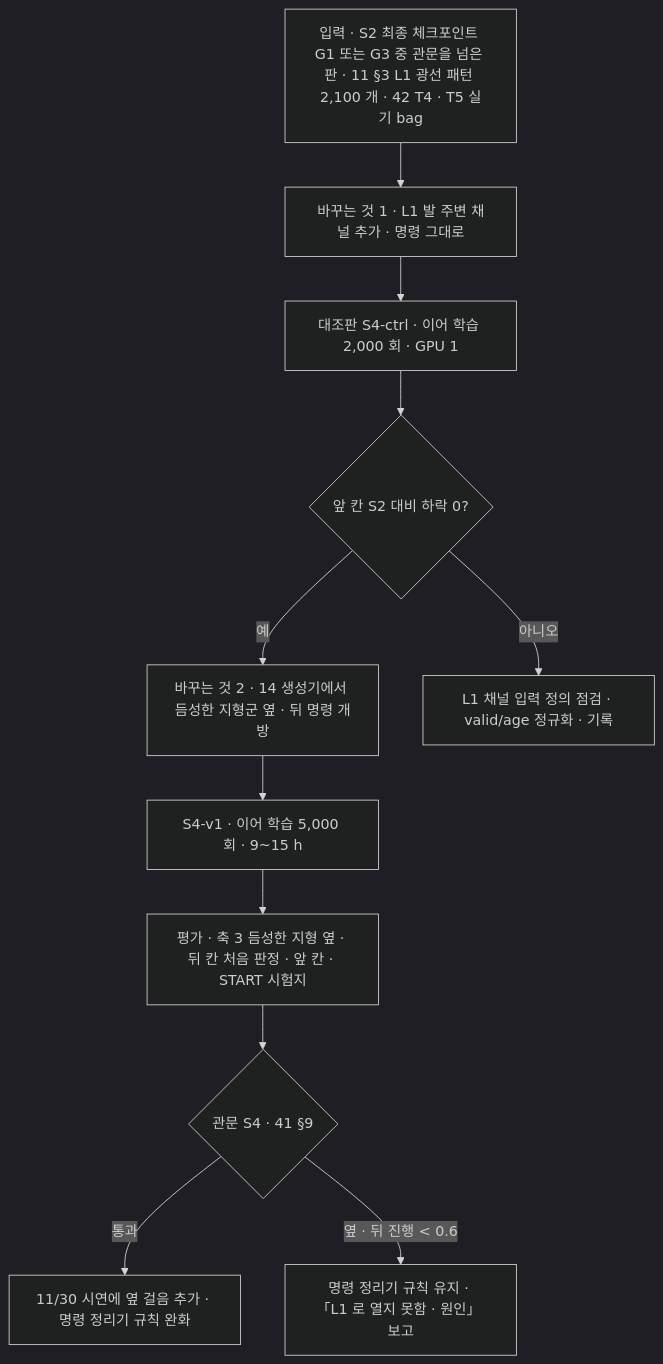
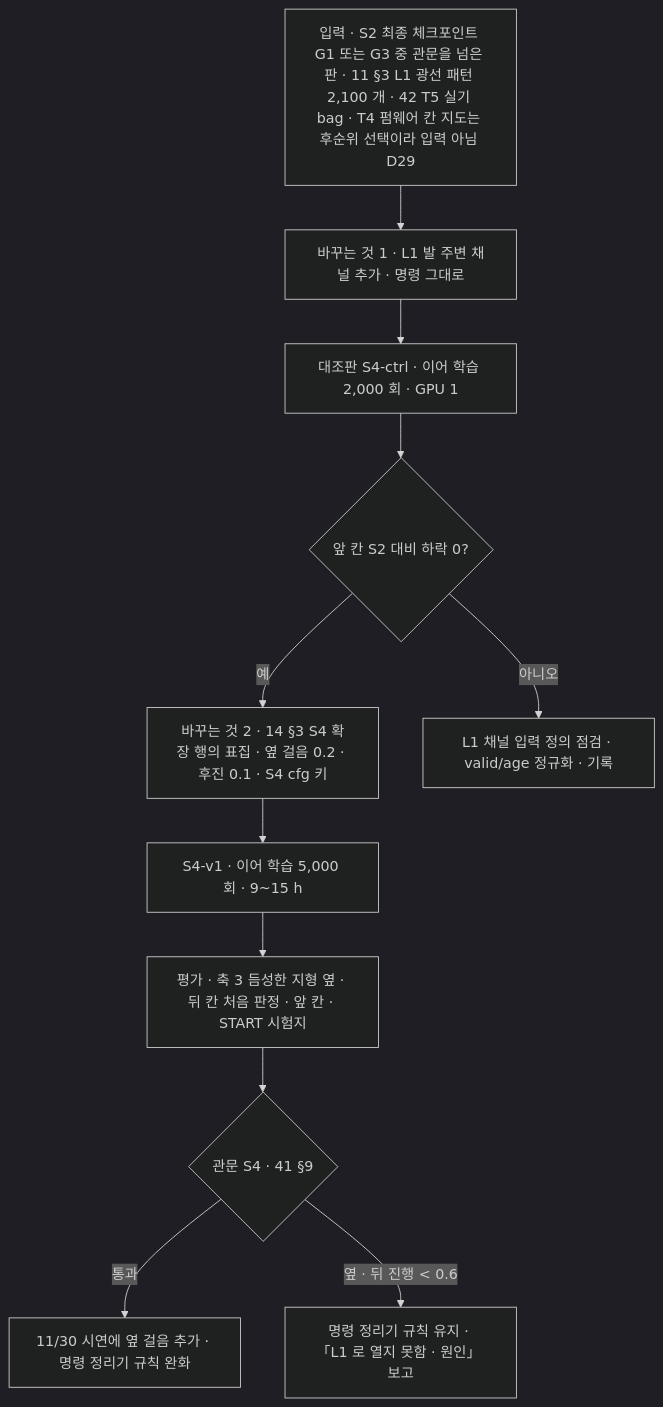
Before and after one commit to foothold-project/foothold-lab: the diagram in inbox/jay/20261019-design/55-S4-L1.md, drawn with Mermaid (dark theme). The commit also changed other lines of this file and 20 other files, not shown here.

````diff
--- a/inbox/jay/20261019-design/55-S4-L1.md
+++ b/inbox/jay/20261019-design/55-S4-L1.md
@@ -15,13 +15,13 @@
 ```mermaid
 flowchart TB
-  IN[입력 · S2 최종 체크포인트 G1 또는 G3 중 관문을 넘은 판 · 11 §3 L1 광선 패턴 2,100 개 · 42 T4 · T5 실기 bag] --> CH1[바꾸는 것 1 · L1 발 주변 채널 추가 · 명령 그대로]
+  IN[입력 · S2 최종 체크포인트 G1 또는 G3 중 관문을 넘은 판 · 11 §3 L1 광선 패턴 2,100 개 · 42 T5 실기 bag · T4 펌웨어 칸 지도는 후순위 선택이라 입력 아님 D29] --> CH1[바꾸는 것 1 · L1 발 주변 채널 추가 · 명령 그대로]
   CH1 --> C0[대조판 S4-ctrl · 이어 학습 2,000 회 · GPU 1]
   C0 --> GC{앞 칸 S2 대비 하락 0?}
-  GC -->|예| CH2[바꾸는 것 2 · 14 생성기에서 듬성한 지형군 옆 · 뒤 명령 개방]
+  GC -->|예| CH2[바꾸는 것 2 · 14 §3 S4 확장 행의 표집 · 옆 걸음 0.2 · 후진 0.1 · S4 cfg 키]
   GC -->|아니오| X1[L1 채널 입력 정의 점검 · valid/age 정규화 · 기록]
   CH2 --> T[S4-v1 · 이어 학습 5,000 회 · 9~15 h]
   T --> EV[평가 · 축 3 듬성한 지형 옆 · 뒤 칸 처음 판정 · 앞 칸 · START 시험지]
   EV --> G{관문 S4 · 41 §9}
   G -->|통과| D[11/30 시연에 옆 걸음 추가 · 명령 정리기 규칙 완화]
   G -->|옆 · 뒤 진행 < 0.6| K[명령 정리기 규칙 유지 · 「L1 로 열지 못함 · 원인」 보고]
 ```
````
